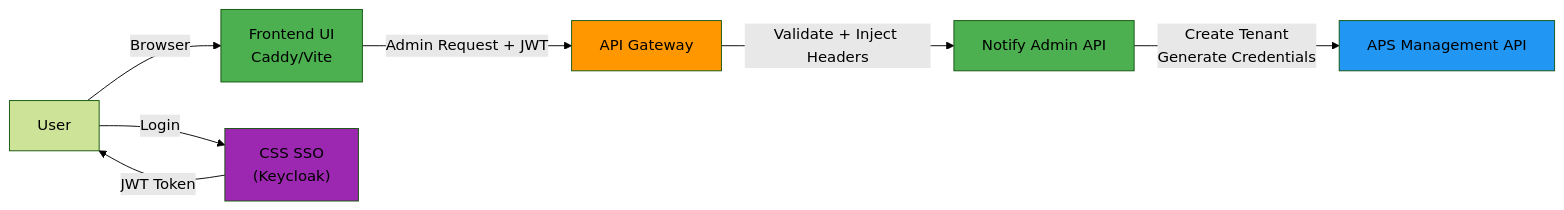
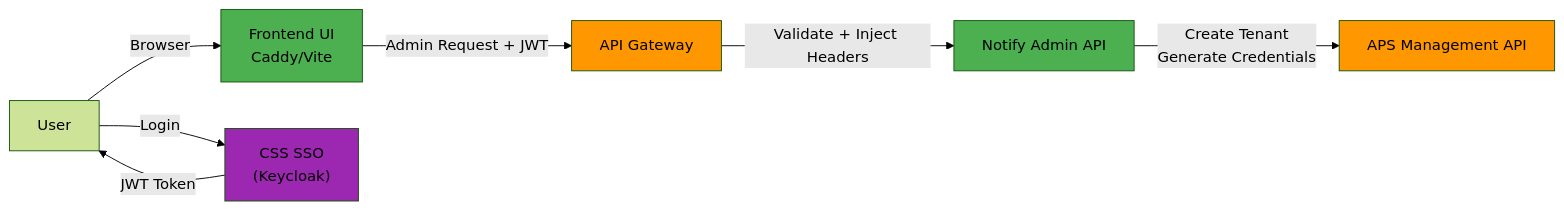
The first of 8 diagrams in notify_api_gateway_architecture_v4.md (bcgov/common-notify), drawn with Mermaid (forest theme) before and after one commit. The commit also changed other lines of this file, not shown here.

````diff
--- a/notify_api_gateway_architecture_v4.md
+++ b/notify_api_gateway_architecture_v4.md
@@ -44,17 +46,17 @@
 ```mermaid
 flowchart LR
     User -->|Browser| Frontend[Frontend UI<br/>Caddy/Vite]
     CSS["CSS SSO<br/>(Keycloak)"]
-    
+
     User -->|Login| CSS
     CSS -->|JWT Token| User
     Frontend -->|Admin Request + JWT| Gateway[API Gateway]
     Gateway -->|Validate + Inject Headers| AdminAPI[Notify Admin API]
     AdminAPI -->|Create Tenant<br/>Generate Credentials| APS[APS Management API]
 
     style Gateway fill:#ff9800
     style Frontend fill:#4CAF50
     style AdminAPI fill:#4CAF50
     style CSS fill:#9C27B0
-    style APS fill:#2196F3
+    style APS fill:#ff9800
 ```
````
